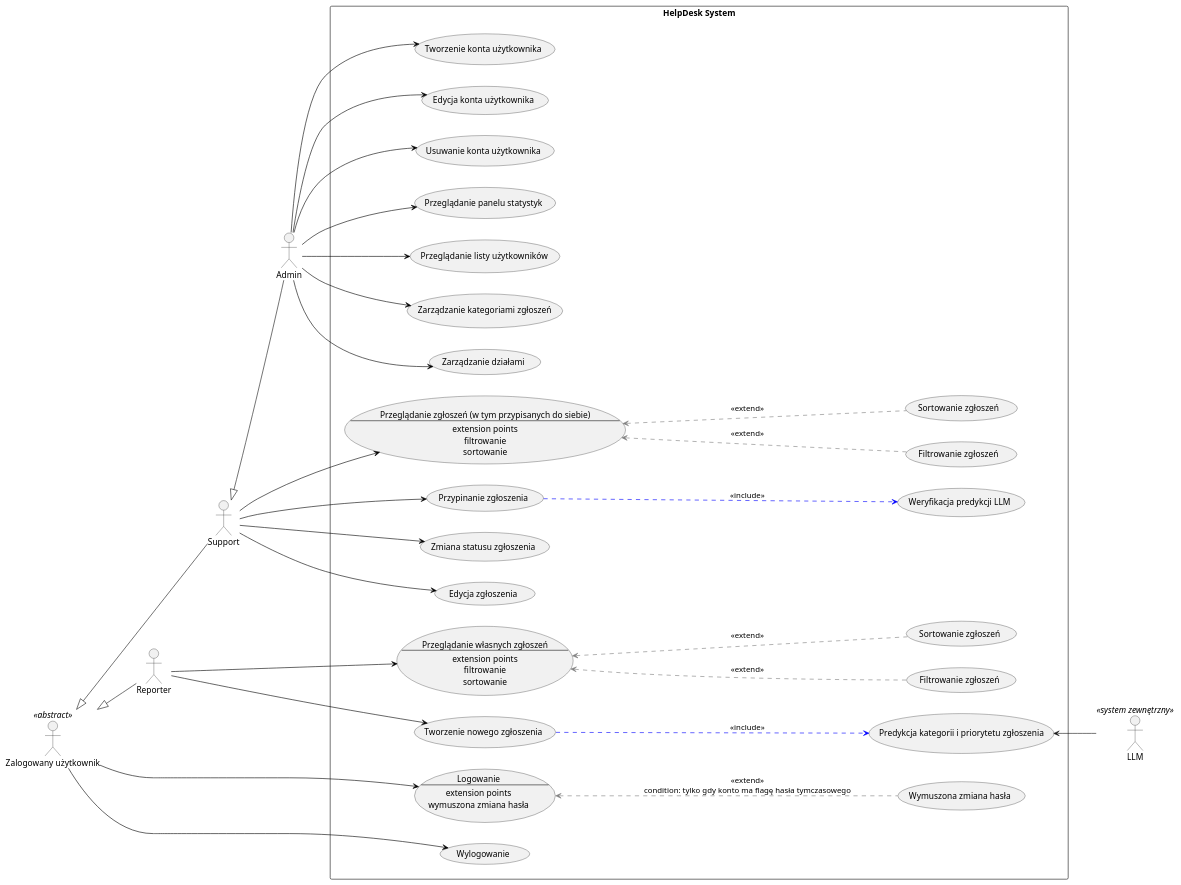
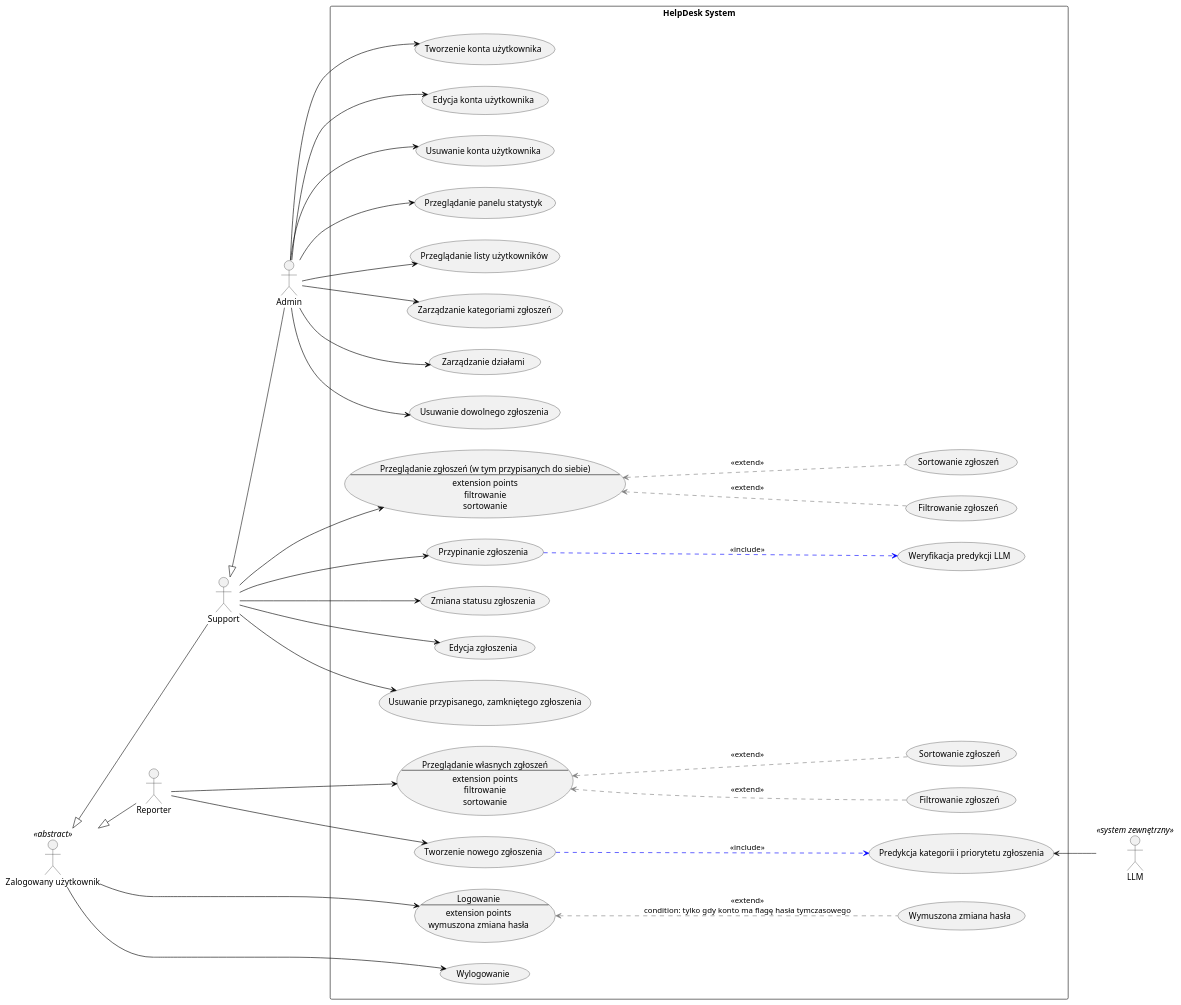
The diagram in docs/use_case_diagram.puml (Barry4747/HelpDesk), drawn with PlantUML before and after one commit.

Commit message:
chore: update ERD

```diff
--- a/docs/use_case_diagram.puml
+++ b/docs/use_case_diagram.puml
@@ -1,100 +1,104 @@
 @startuml
 left to right direction
 
 skinparam arrow {
   Color<<assoc>> Black
   Color<<extend>> Gray
   Color<<include>> Blue
 }
 
 actor "Zalogowany użytkownik" as User <<abstract>>
 actor Reporter
 actor Support
 actor Admin
 actor LLM <<system zewnętrzny>>
 
 Reporter -up-|> User
 Support -up-|> User
 Admin -up-|> Support
 
 Reporter -[hidden]down-> Support
 Support -[hidden]down-> Admin
 
 rectangle "HelpDesk System" {
 
   together {
     usecase UC_Logowanie as "Logowanie
     --
     extension points
     wymuszona zmiana hasła"
     usecase "Wymuszona zmiana hasła" as UC_ZmianaHasla
     usecase "Wylogowanie" as UC_Wylogowanie
   }
 
   together {
     usecase UC_Rep_Przegladanie as "Przeglądanie własnych zgłoszeń
     --
     extension points
     filtrowanie
     sortowanie"
     usecase "Tworzenie nowego zgłoszenia" as UC_Rep_Tworzenie
     usecase "Predykcja kategorii i priorytetu zgłoszenia" as UC_LLM_Predykcja
     usecase "Filtrowanie zgłoszeń" as UC_Rep_Filtrowanie
     usecase "Sortowanie zgłoszeń" as UC_Rep_Sortowanie
   }
 
   together {
     usecase UC_Sup_Przegladanie as "Przeglądanie zgłoszeń (w tym przypisanych do siebie)
     --
     extension points
     filtrowanie
     sortowanie"
     usecase "Przypinanie zgłoszenia" as UC_Sup_Przypinanie
     usecase "Weryfikacja predykcji LLM" as UC_Sup_Weryfikacja
     usecase "Zmiana statusu zgłoszenia" as UC_Sup_Zmiana
     usecase "Edycja zgłoszenia" as UC_Sup_Edycja
+    usecase "Usuwanie przypisanego, zamkniętego zgłoszenia" as UC_Sup_Usuwanie
     usecase "Filtrowanie zgłoszeń " as UC_Sup_Filtrowanie
     usecase "Sortowanie zgłoszeń " as UC_Sup_Sortowanie
   }
 
   together {
     usecase "Tworzenie konta użytkownika" as UC_Adm_Tworzenie
     usecase "Edycja konta użytkownika" as UC_Adm_Edycja
     usecase "Usuwanie konta użytkownika" as UC_Adm_Usuwanie
     usecase "Przeglądanie panelu statystyk" as UC_Adm_Statystyki
     usecase "Przeglądanie listy użytkowników" as UC_Adm_Lista
     usecase "Zarządzanie kategoriami zgłoszeń" as UC_Adm_Kategorie
     usecase "Zarządzanie działami" as UC_Adm_Dzialy
+    usecase "Usuwanie dowolnego zgłoszenia" as UC_Adm_Usuwanie_Zgloszenia
   }
 }
 
 User --> UC_Logowanie <<assoc>>
 User --> UC_Wylogowanie <<assoc>>
 UC_Logowanie <.[#Gray]. UC_ZmianaHasla : <<extend>>\ncondition: tylko gdy konto ma flagę hasła tymczasowego
 
 Reporter --> UC_Rep_Przegladanie <<assoc>>
 Reporter --> UC_Rep_Tworzenie <<assoc>>
 UC_Rep_Tworzenie .[#Blue].> UC_LLM_Predykcja : <<include>>
 UC_LLM_Predykcja <-- LLM
 
 UC_Rep_Przegladanie <.[#Gray]. UC_Rep_Filtrowanie : <<extend>>
 UC_Rep_Przegladanie <.[#Gray]. UC_Rep_Sortowanie : <<extend>>
 
 Support --> UC_Sup_Przegladanie <<assoc>>
 Support --> UC_Sup_Przypinanie <<assoc>>
 Support --> UC_Sup_Zmiana <<assoc>>
 Support --> UC_Sup_Edycja <<assoc>>
+Support --> UC_Sup_Usuwanie <<assoc>>
 UC_Sup_Przypinanie .[#Blue].> UC_Sup_Weryfikacja : <<include>>
 
 UC_Sup_Przegladanie <.[#Gray]. UC_Sup_Filtrowanie : <<extend>>
 UC_Sup_Przegladanie <.[#Gray]. UC_Sup_Sortowanie : <<extend>>
 
 Admin --> UC_Adm_Tworzenie <<assoc>>
 Admin --> UC_Adm_Edycja <<assoc>>
 Admin --> UC_Adm_Usuwanie <<assoc>>
 Admin --> UC_Adm_Statystyki <<assoc>>
 Admin --> UC_Adm_Lista <<assoc>>
 Admin --> UC_Adm_Kategorie <<assoc>>
 Admin --> UC_Adm_Dzialy <<assoc>>
+Admin --> UC_Adm_Usuwanie_Zgloszenia <<assoc>>
 
 @enduml
```
